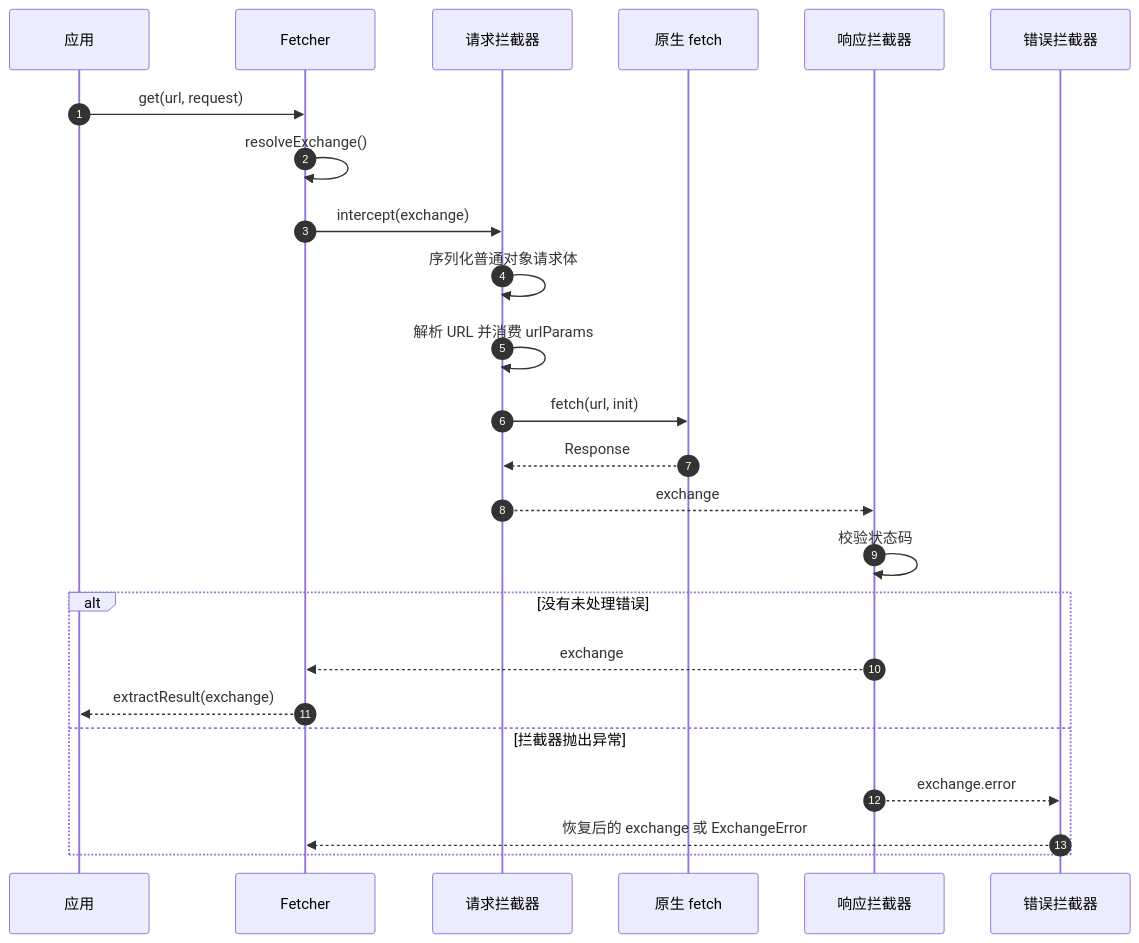
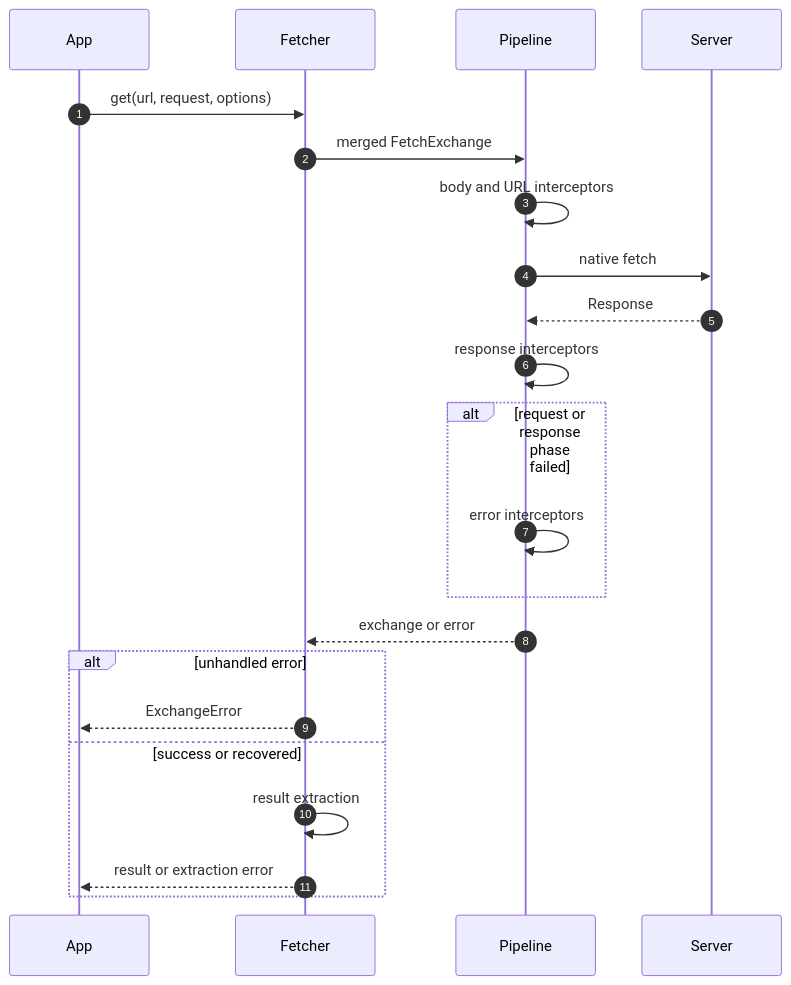
Before and after one commit to Ahoo-Wang/fetcher: the diagram in wiki/zh/learn/request-lifecycle.md, drawn with Mermaid. The commit also changed other lines of this file and 225 other files, not shown here.

````diff
--- a/wiki/zh/learn/request-lifecycle.md
+++ b/wiki/zh/learn/request-lifecycle.md
@@ -10,27 +10,24 @@
 ```mermaid
 sequenceDiagram
-autonumber
-    participant App as 应用
+    autonumber
+    participant App
     participant Fetcher
-    participant Request as 请求拦截器
-    participant Native as 原生 fetch
-    participant Response as 响应拦截器
-    participant Error as 错误拦截器
-
-    App->>Fetcher: get(url, request)
-    Fetcher->>Fetcher: resolveExchange()
-    Fetcher->>Request: intercept(exchange)
-    Request->>Request: 序列化普通对象请求体
-    Request->>Request: 解析 URL 并消费 urlParams
-    Request->>Native: fetch(url, init)
-    Native-->>Request: Response
-    Request-->>Response: exchange
-    Response->>Response: 校验状态码
-    alt 没有未处理错误
-        Response-->>Fetcher: exchange
-        Fetcher-->>App: extractResult(exchange)
-    else 拦截器抛出异常
-        Response-->>Error: exchange.error
-        Error-->>Fetcher: 恢复后的 exchange 或 ExchangeError
+    participant Pipeline
+    participant Server
+    App->>Fetcher: get(url, request, options)
+    Fetcher->>Pipeline: merged FetchExchange
+    Pipeline->>Pipeline: body and URL interceptors
+    Pipeline->>Server: native fetch
+    Server-->>Pipeline: Response
+    Pipeline->>Pipeline: response interceptors
+    alt request or response phase failed
+        Pipeline->>Pipeline: error interceptors
+    end
+    Pipeline-->>Fetcher: exchange or error
+    alt unhandled error
+        Fetcher-->>App: ExchangeError
+    else success or recovered
+        Fetcher->>Fetcher: result extraction
+        Fetcher-->>App: result or extraction error
     end
 ```
````
